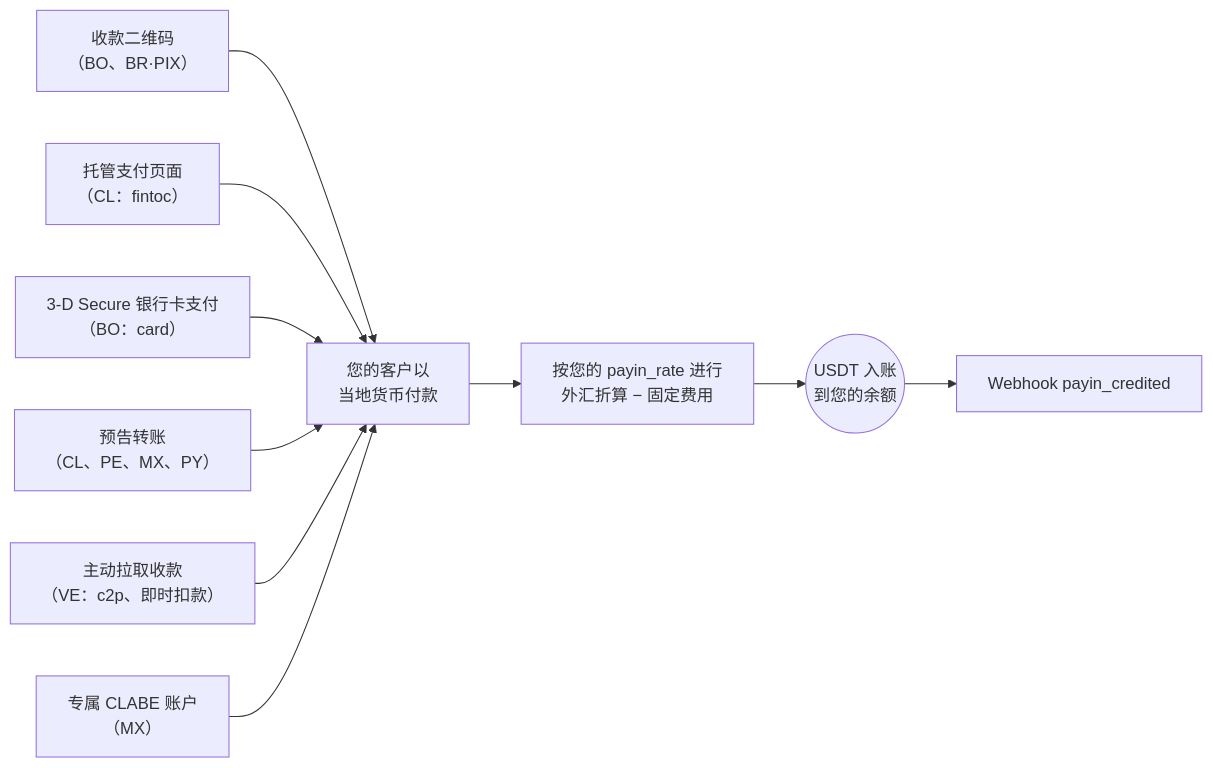
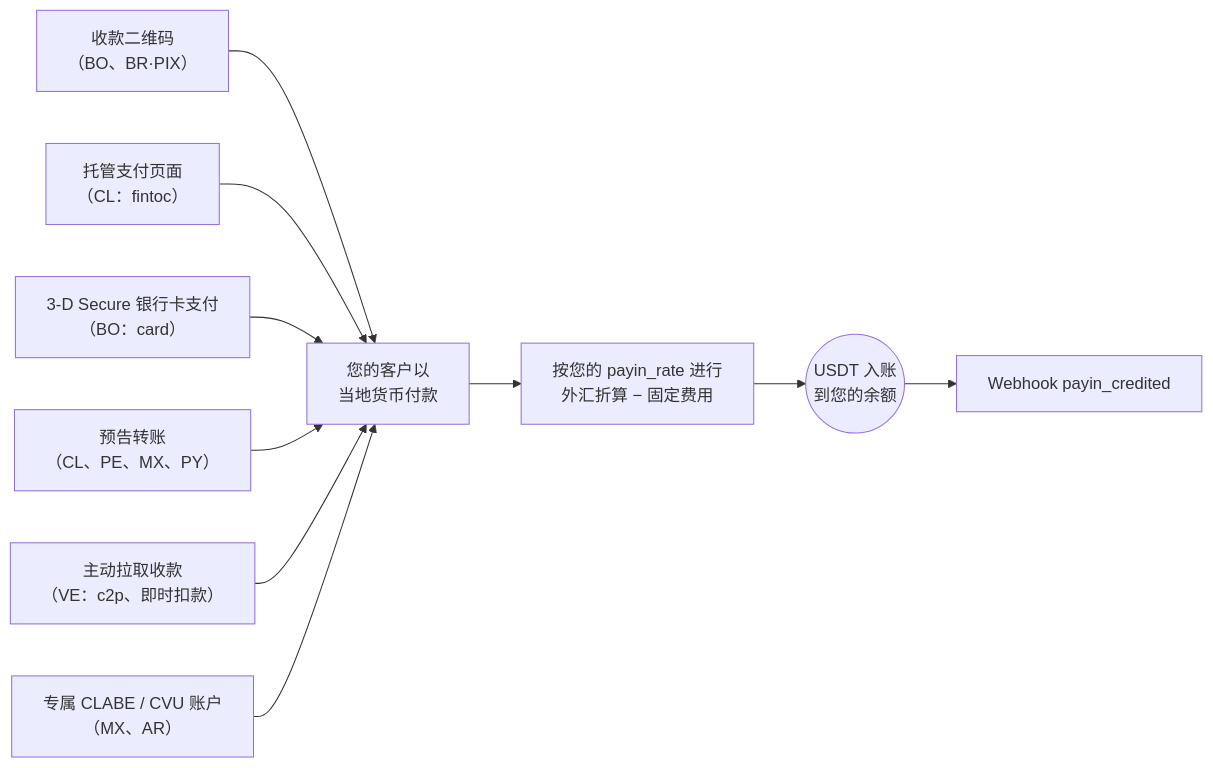
Before and after one commit to SaturoS17/docs: the first of 2 diagrams in zh/guides/payins.mdx, drawn with Mermaid. The commit also changed other lines of this file and 19 other files, not shown here.

````diff
--- a/zh/guides/payins.mdx
+++ b/zh/guides/payins.mdx
@@ -13,12 +13,12 @@
 ```mermaid
 flowchart LR
     qr["收款二维码<br/>（BO、BR·PIX）"] --> pay["您的客户以<br/>当地货币付款"]
     hosted["托管支付页面<br/>（CL：fintoc）"] --> pay
     card["3-D Secure 银行卡支付<br/>（BO：card）"] --> pay
     announced["预告转账<br/>（CL、PE、MX、PY）"] --> pay
     pull["主动拉取收款<br/>（VE：c2p、即时扣款）"] --> pay
-    clabe["专属 CLABE 账户<br/>（MX）"] --> pay
+    clabe["专属 CLABE / CVU 账户<br/>（MX、AR）"] --> pay
     pay --> conv["按您的 payin_rate 进行<br/>外汇折算 − 固定费用"]
     conv --> credit(("USDT 入账<br/>到您的余额"))
     credit --> wh["Webhook payin_credited"]
 ```
````
